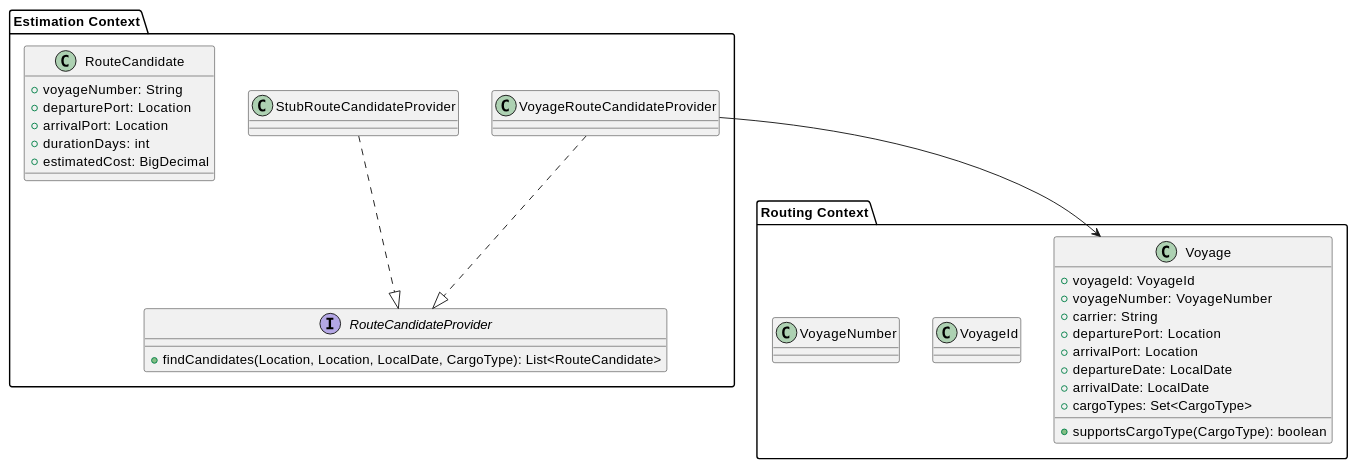
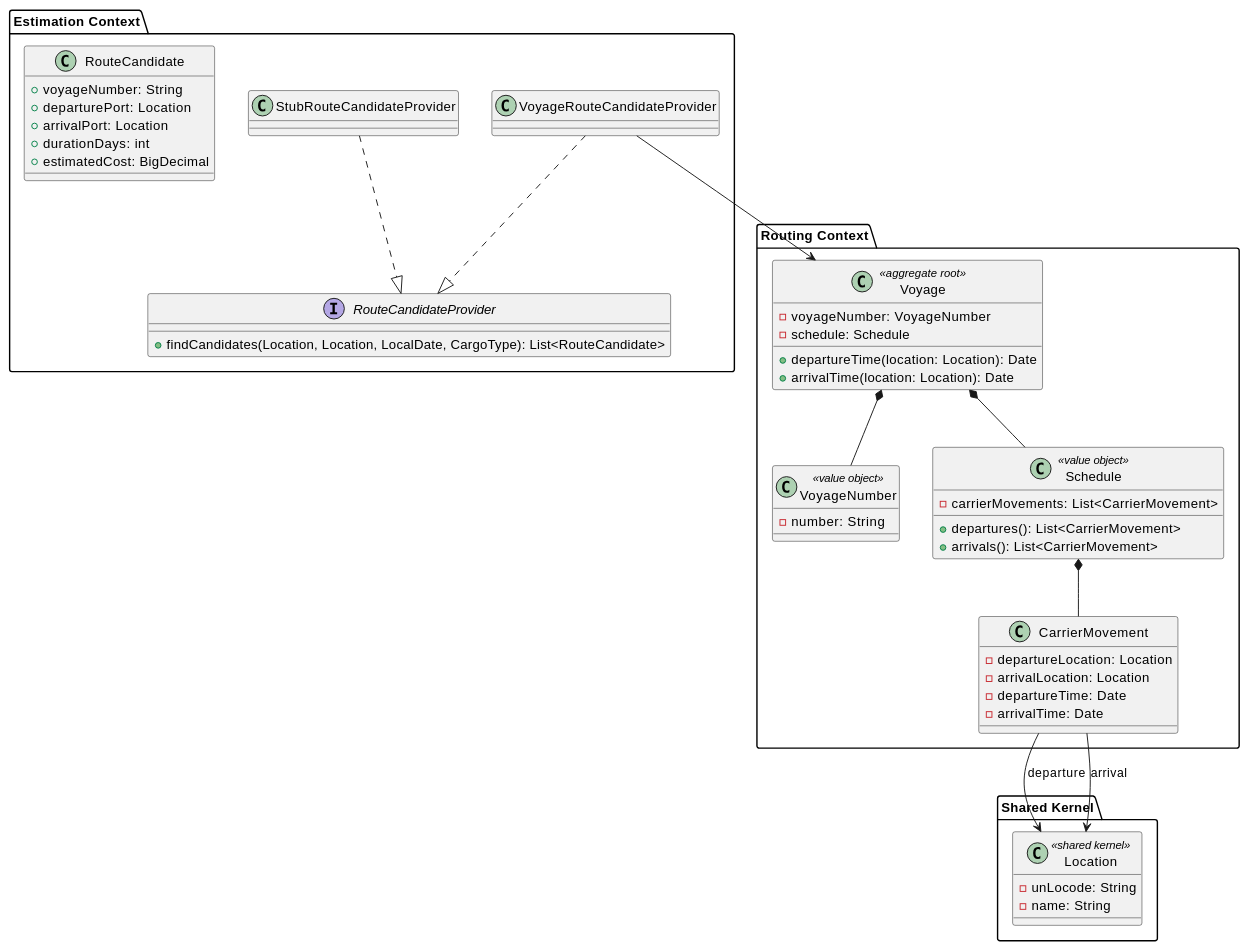
One commit to k2works/case-study-cargo-tracker changed the third of 7 diagrams in docs/development/iteration_plan-4.md. Above: the diagram before and after it, drawn with PlantUML. The commit also changed other lines of this file, not shown here.

````diff
--- a/docs/development/iteration_plan-4.md
+++ b/docs/development/iteration_plan-4.md
@@ -190,39 +193,58 @@
 ```plantuml
 @startuml
 package "Routing Context" {
-  class Voyage {
-    + voyageId: VoyageId
-    + voyageNumber: VoyageNumber
-    + carrier: String
-    + departurePort: Location
-    + arrivalPort: Location
-    + departureDate: LocalDate
-    + arrivalDate: LocalDate
-    + cargoTypes: Set<CargoType>
-    + supportsCargoType(CargoType): boolean
+  class Voyage <<aggregate root>> {
+    -voyageNumber: VoyageNumber
+    -schedule: Schedule
+    +departureTime(location: Location): Date
+    +arrivalTime(location: Location): Date
   }
-  class VoyageId
-  class VoyageNumber
+  class VoyageNumber <<value object>> {
+    -number: String
+  }
+  class Schedule <<value object>> {
+    -carrierMovements: List<CarrierMovement>
+    +departures(): List<CarrierMovement>
+    +arrivals(): List<CarrierMovement>
+  }
+  class CarrierMovement {
+    -departureLocation: Location
+    -arrivalLocation: Location
+    -departureTime: Date
+    -arrivalTime: Date
+  }
+}
+
+package "Shared Kernel" {
+  class Location <<shared kernel>> {
+    -unLocode: String
+    -name: String
+  }
 }
 
 package "Estimation Context" {
   interface RouteCandidateProvider {
     + findCandidates(Location, Location, LocalDate, CargoType): List<RouteCandidate>
   }
   class StubRouteCandidateProvider
   class VoyageRouteCandidateProvider
   class RouteCandidate {
     + voyageNumber: String
     + departurePort: Location
     + arrivalPort: Location
     + durationDays: int
     + estimatedCost: BigDecimal
   }
 }
 
+Voyage *-- VoyageNumber
+Voyage *-- Schedule
+Schedule *-- CarrierMovement
+CarrierMovement --> Location : departure
+CarrierMovement --> Location : arrival
 VoyageRouteCandidateProvider ..|> RouteCandidateProvider
 VoyageRouteCandidateProvider --> Voyage
 StubRouteCandidateProvider ..|> RouteCandidateProvider
 
 @enduml
 ```
````
